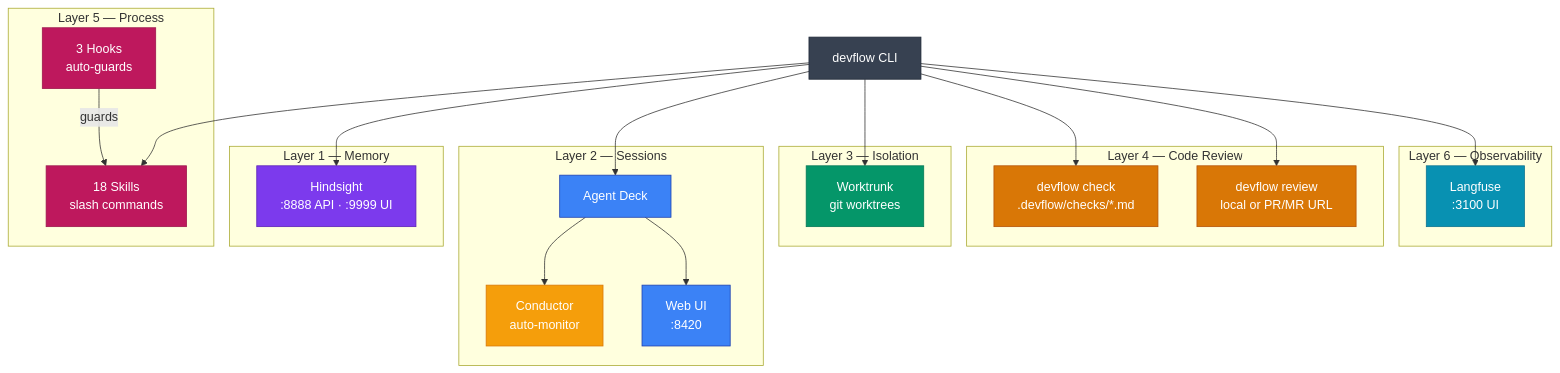
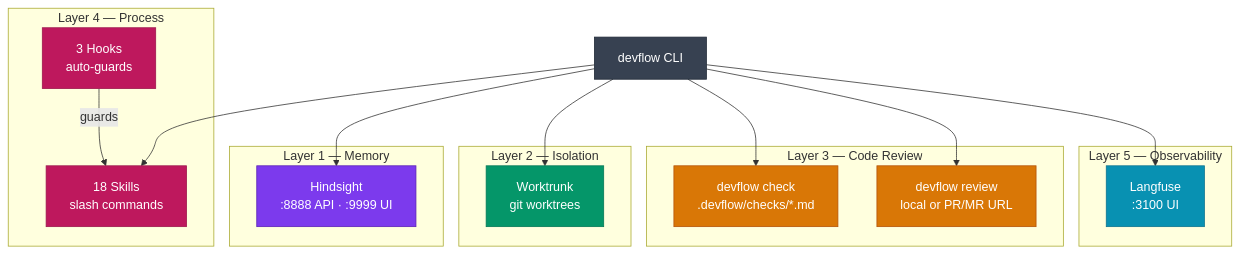
The first of 3 diagrams in README.md (AndreJorgeLopes/devflow), drawn with Mermaid before and after one commit. The commit also changed other lines of this file, not shown here.

Commit message:
docs(readme): rewrite from 6-layer to 5-layer architecture

````diff
--- a/README.md
+++ b/README.md
@@ -48,61 +47,48 @@
 ```mermaid
 graph TD
     CLI["devflow CLI"]
 
     subgraph L1 ["Layer 1 — Memory"]
         HS["Hindsight<br/>:8888 API · :9999 UI"]
     end
 
-    subgraph L2 ["Layer 2 — Sessions"]
-        AD["Agent Deck"]
-        COND["Conductor<br/>auto-monitor"]
-        WEB["Web UI<br/>:8420"]
-    end
-
-    subgraph L3 ["Layer 3 — Isolation"]
+    subgraph L2 ["Layer 2 — Isolation"]
         WT["Worktrunk<br/>git worktrees"]
     end
 
-    subgraph L4 ["Layer 4 — Code Review"]
+    subgraph L3 ["Layer 3 — Code Review"]
         CR["devflow check<br/>.devflow/checks/*.md"]
         RV["devflow review<br/>local or PR/MR URL"]
     end
 
-    subgraph L5 ["Layer 5 — Process"]
+    subgraph L4 ["Layer 4 — Process"]
         SK["18 Skills<br/>slash commands"]
         HK["3 Hooks<br/>auto-guards"]
     end
 
-    subgraph L6 ["Layer 6 — Observability"]
+    subgraph L5 ["Layer 5 — Observability"]
         LF["Langfuse<br/>:3100 UI"]
     end
 
     CLI --> HS
-    CLI --> AD
     CLI --> WT
     CLI --> CR
     CLI --> RV
     CLI --> SK
     CLI --> LF
-    AD --> COND
-    AD --> WEB
     HK -->|"guards"| SK
 
     classDef mem fill:#7c3aed,color:#fff,stroke:#5b21b6
-    classDef sess fill:#3b82f6,color:#fff,stroke:#1e40af
     classDef iso fill:#059669,color:#fff,stroke:#047857
     classDef rev fill:#d97706,color:#fff,stroke:#b45309
     classDef proc fill:#be185d,color:#fff,stroke:#9d174d
     classDef obs fill:#0891b2,color:#fff,stroke:#0e7490
     classDef cli fill:#374151,color:#fff,stroke:#1f2937
-    classDef cond fill:#f59e0b,color:#fff,stroke:#d97706
 
     class HS mem
-    class AD,WEB sess
     class WT iso
     class CR,RV rev
     class SK,HK proc
     class LF obs
     class CLI cli
-    class COND cond
 ```
````
